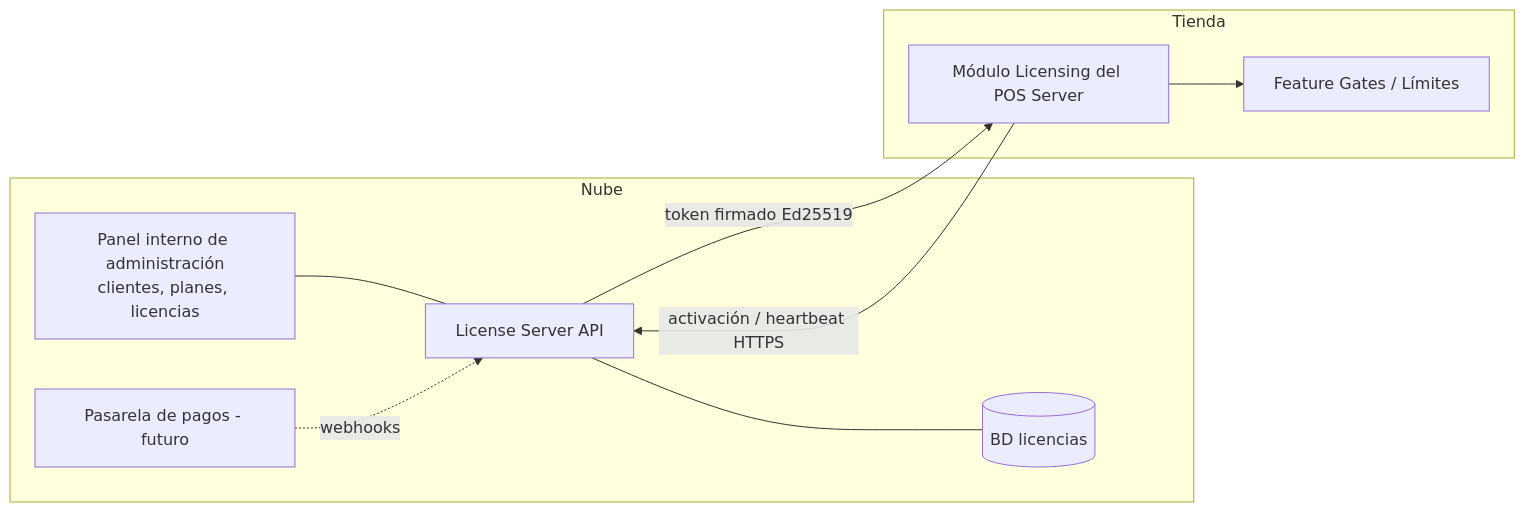
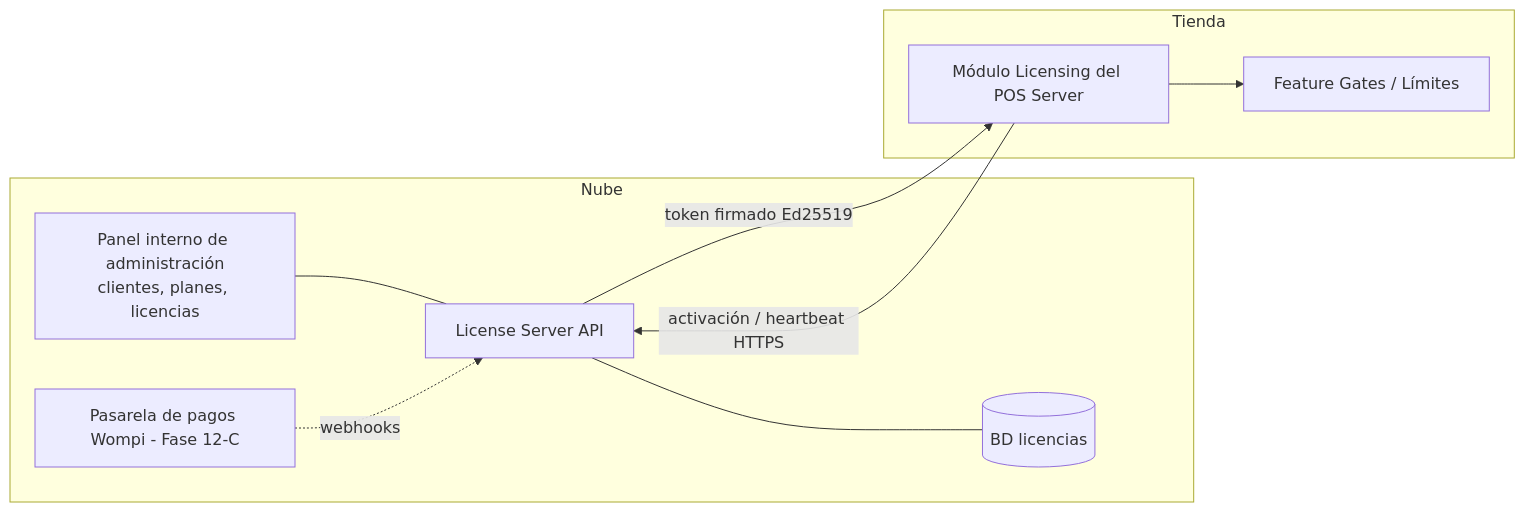
The first of 3 diagrams in docs/09-licenciamiento.md (JaraAlvarez/sistemaPost), drawn with Mermaid before and after one commit. The commit also changed other lines of this file and 67 other files, not shown here.

Commit message:
Fase 12-C: pago en línea de las suscripciones con Wompi (precios, enlace de pago, renovación automática por aviso firmado, conciliación, pantallas del portal, botón y QR en el POS) y nuevo diseño del ingreso al portal

````diff
--- a/docs/09-licenciamiento.md
+++ b/docs/09-licenciamiento.md
@@ -23,19 +23,19 @@
 ```mermaid
 flowchart LR
   subgraph Nube
     LSAPI[License Server API]
     LSDB[(BD licencias)]
     ADM[Panel interno de administración<br/>clientes, planes, licencias]
-    PAY[Pasarela de pagos - futuro]
+    PAY[Pasarela de pagos Wompi - Fase 12-C]
     LSAPI --- LSDB
     ADM --- LSAPI
     PAY -. webhooks .-> LSAPI
   end
   subgraph Tienda
     LC[Módulo Licensing del POS Server]
     FG[Feature Gates / Límites]
     LC --> FG
   end
   LC -- activación / heartbeat HTTPS --> LSAPI
   LSAPI -- token firmado Ed25519 --> LC
 ```
````
